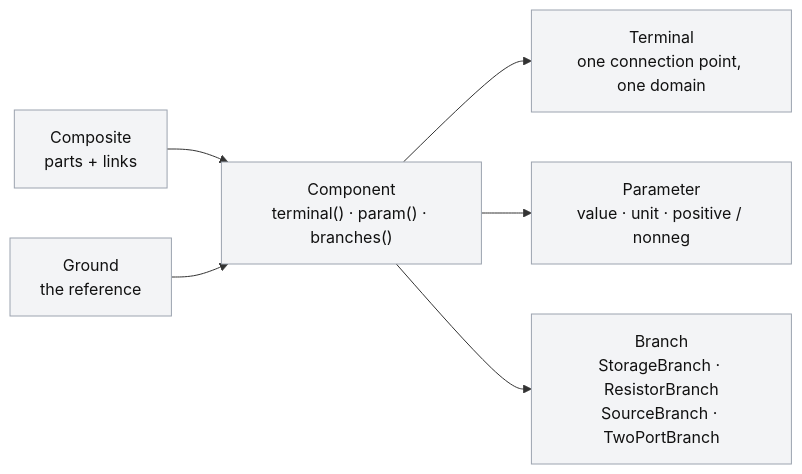
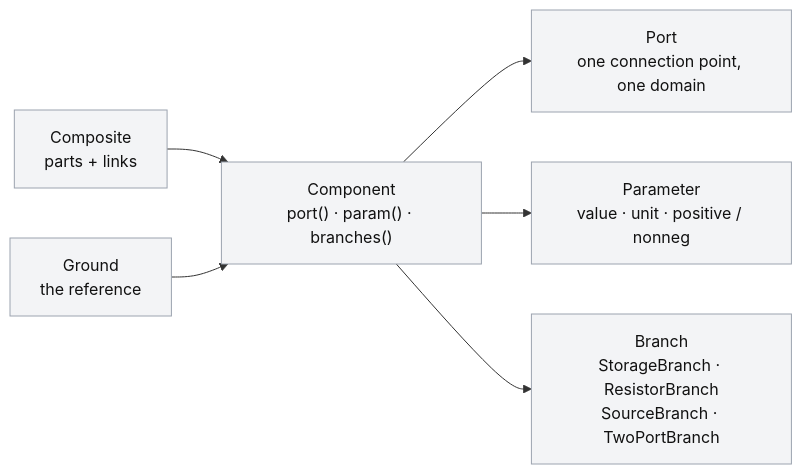
One commit to otwin-core/otwin changed diagram 11 of 11 in COMPONENTS.md. Above: the diagram before and after it, drawn with Mermaid. The commit also changed other lines of this file and 57 other files, not shown here.

````diff
--- a/COMPONENTS.md
+++ b/COMPONENTS.md
@@ -355,14 +380,14 @@
 ```mermaid
 flowchart LR
     classDef b fill:#f3f4f6,color:#111,stroke:#9ca3af
-    B1["Component<br/>terminal() · param() · branches()"]:::b
-    B2["Terminal<br/>one connection point, one domain"]:::b
+    B1["Component<br/>port() · param() · branches()"]:::b
+    B2["Port<br/>one connection point, one domain"]:::b
     B3["Parameter<br/>value · unit · positive / nonneg"]:::b
     B4["Branch<br/>StorageBranch · ResistorBranch<br/>SourceBranch · TwoPortBranch"]:::b
     B5["Composite<br/>parts + links"]:::b
     B6["Ground<br/>the reference"]:::b
     B1 --> B2 & B3
     B1 --> B4
     B5 --> B1
     B6 --> B1
 ```
````
